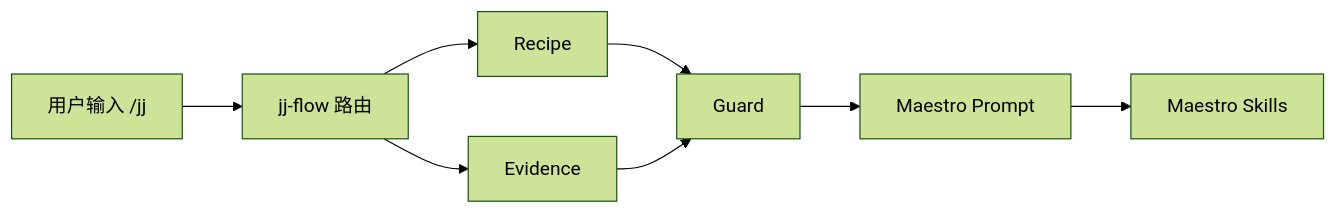
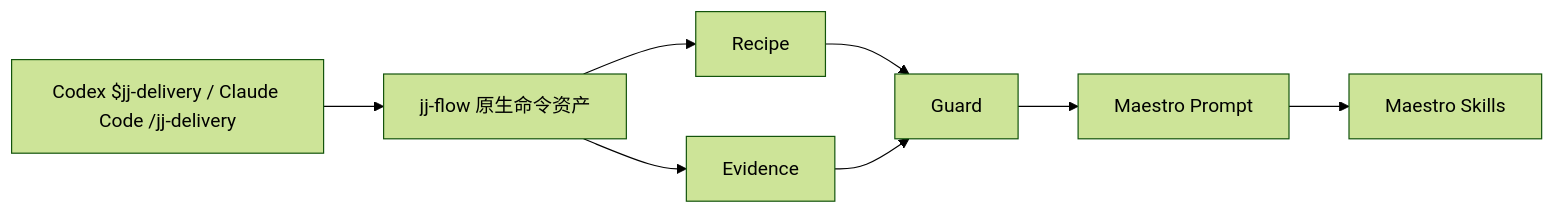
Before and after one commit to beerui/jj-flow: the diagram in docs/architecture.md, drawn with Mermaid (forest theme). The commit also changed other lines of this file and 42 other files, not shown here.

````diff
--- a/docs/architecture.md
+++ b/docs/architecture.md
@@ -9,10 +9,10 @@
 ```mermaid
 flowchart LR
-  A[用户输入 /jj] --> B[jj-flow 路由]
+  A[Codex $jj-delivery / Claude Code /jj-delivery] --> B[jj-flow 原生命令资产]
   B --> C[Recipe]
   B --> D[Evidence]
   C --> E[Guard]
   D --> E
   E --> F[Maestro Prompt]
   F --> G[Maestro Skills]
 ```
````
